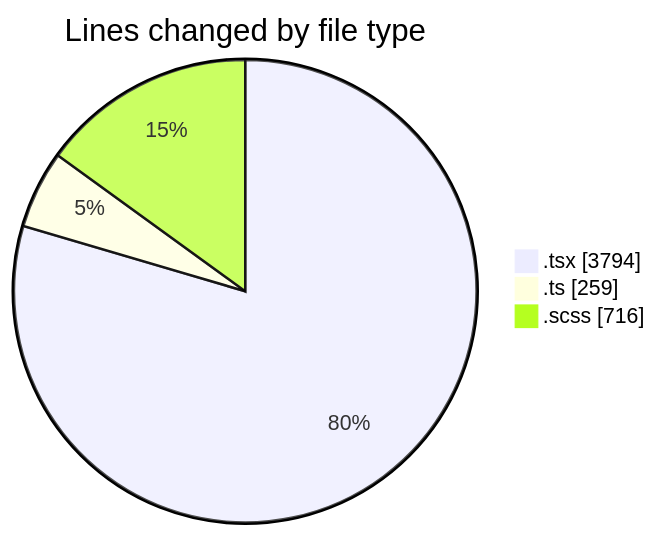
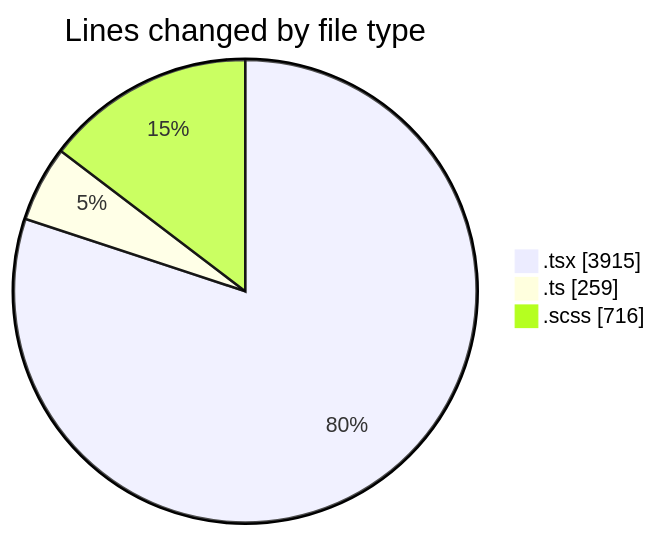
The first of 2 diagrams in 2025-09-15/cda/README.md (momahboobian/code-tracking), drawn with Mermaid before and after one commit. The commit also changed other lines of this file and 1 other file, not shown here.

````diff
--- a/2025-09-15/cda/README.md
+++ b/2025-09-15/cda/README.md
@@ -26,7 +26,7 @@
 ```mermaid
 pie showData
 title Lines changed by file type
-".tsx" : 3794
+".tsx" : 3915
 ".ts" : 259
 ".scss" : 716
 ```
````
